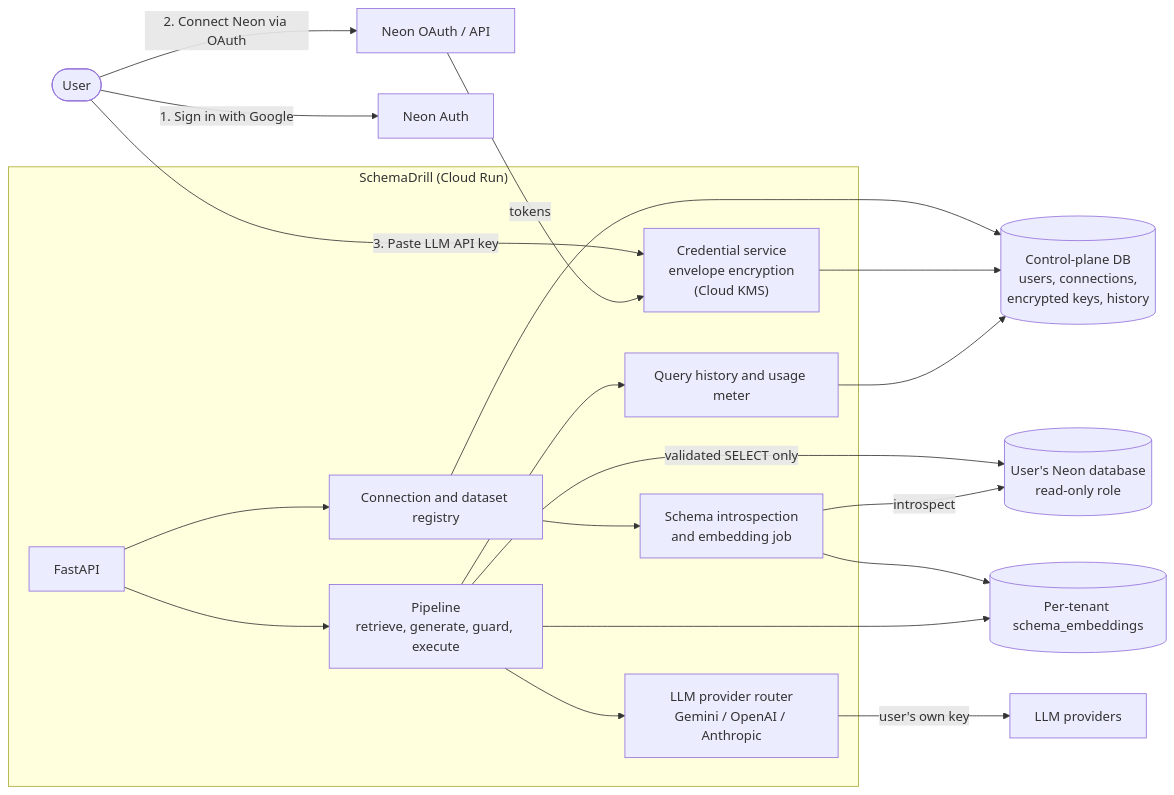
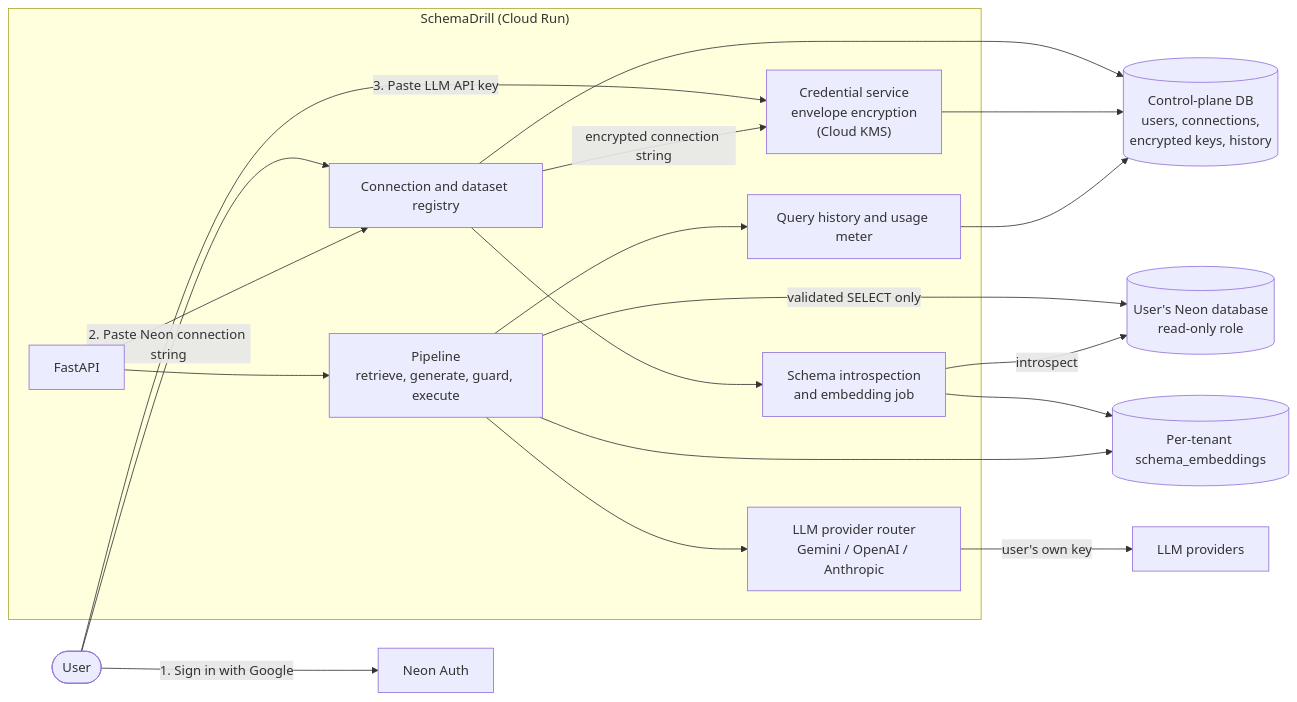
One commit to RHarish1/schemadrill changed the sixth of 6 diagrams in docs/architecture.md. Above: the diagram before and after it, drawn with Mermaid. The commit also changed 6 other files, not shown here.

First line of the commit message:
docs: revise roadmap for connection-string Neon flow, add wikis and solution design

````diff
--- a/docs/architecture.md
+++ b/docs/architecture.md
@@ -155,31 +155,31 @@
 ```mermaid
 flowchart LR
     U([User]) -->|1. Sign in with Google| NA[Neon Auth]
-    U -->|2. Connect Neon via OAuth| NO[Neon OAuth / API]
+    U -->|2. Paste Neon connection string| CAT
     U -->|3. Paste LLM API key| KS
 
     subgraph SD["SchemaDrill (Cloud Run)"]
         API[FastAPI]
         KS["Credential service<br/>envelope encryption<br/>(Cloud KMS)"]
         CAT["Connection and dataset registry"]
         LLM["LLM provider router<br/>Gemini / OpenAI / Anthropic"]
         PIPE["Pipeline<br/>retrieve, generate, guard, execute"]
         ING["Schema introspection<br/>and embedding job"]
         HIST[Query history and usage meter]
     end
 
     CTL[("Control-plane DB<br/>users, connections,<br/>encrypted keys, history")]
     UDB[("User's Neon database<br/>read-only role")]
     VEC[("Per-tenant schema_embeddings")]
 
-    NO -->|tokens| KS
+    CAT -->|"encrypted connection string"| KS
     API --> CAT --> CTL
     KS --> CTL
     API --> PIPE
     PIPE --> LLM -->|user's own key| EXT["LLM providers"]
     PIPE -->|"validated SELECT only"| UDB
     CAT --> ING -->|introspect| UDB
     ING --> VEC
     PIPE --> VEC
     PIPE --> HIST --> CTL
 ```
````
